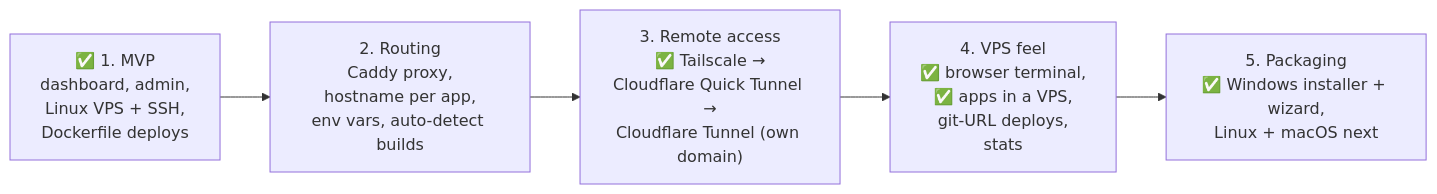
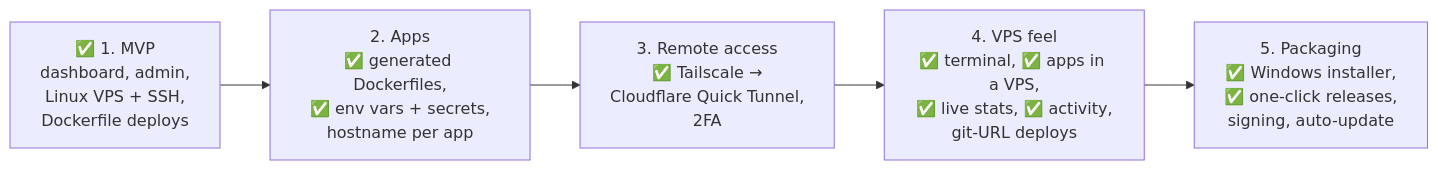
Before and after one commit to AbrarDW/lps: diagram 11 of 11 in README.md, drawn with Mermaid. The commit also changed other lines of this file and 14 other files, not shown here.

First line of the commit message:
Add environment variables and secrets for apps

````diff
--- a/README.md
+++ b/README.md
@@ -416,9 +424,9 @@
 ```mermaid
 flowchart LR
     m1["✅ 1. MVP<br/>dashboard, admin,<br/>Linux VPS + SSH,<br/>Dockerfile deploys"]
-    m2["2. Routing<br/>Caddy proxy,<br/>hostname per app,<br/>env vars, auto-detect builds"]
-    m3["3. Remote access<br/>✅ Tailscale →<br/>Cloudflare Quick Tunnel →<br/>Cloudflare Tunnel (own domain)"]
-    m4["4. VPS feel<br/>✅ browser terminal,<br/>✅ apps in a VPS,<br/>git-URL deploys,<br/>stats"]
-    m5["5. Packaging<br/>✅ Windows installer + wizard,<br/>Linux + macOS next"]
+    m2["2. Apps<br/>✅ generated Dockerfiles,<br/>✅ env vars + secrets,<br/>hostname per app"]
+    m3["3. Remote access<br/>✅ Tailscale →<br/>Cloudflare Quick Tunnel,<br/>2FA"]
+    m4["4. VPS feel<br/>✅ terminal, ✅ apps in a VPS,<br/>✅ live stats, ✅ activity,<br/>git-URL deploys"]
+    m5["5. Packaging<br/>✅ Windows installer,<br/>✅ one-click releases,<br/>signing, auto-update"]
     m1 --> m2 --> m3 --> m4 --> m5
 ```
````
